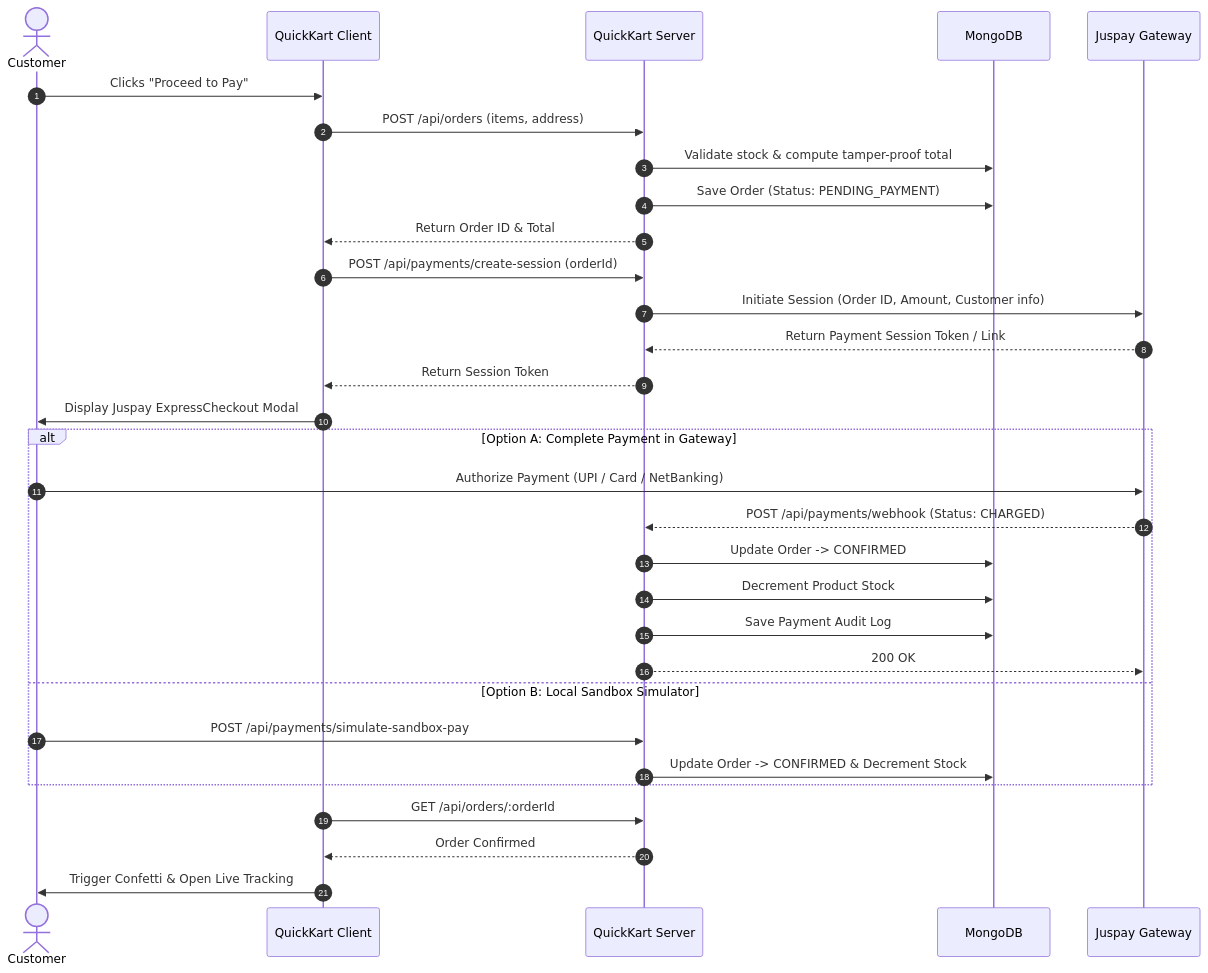
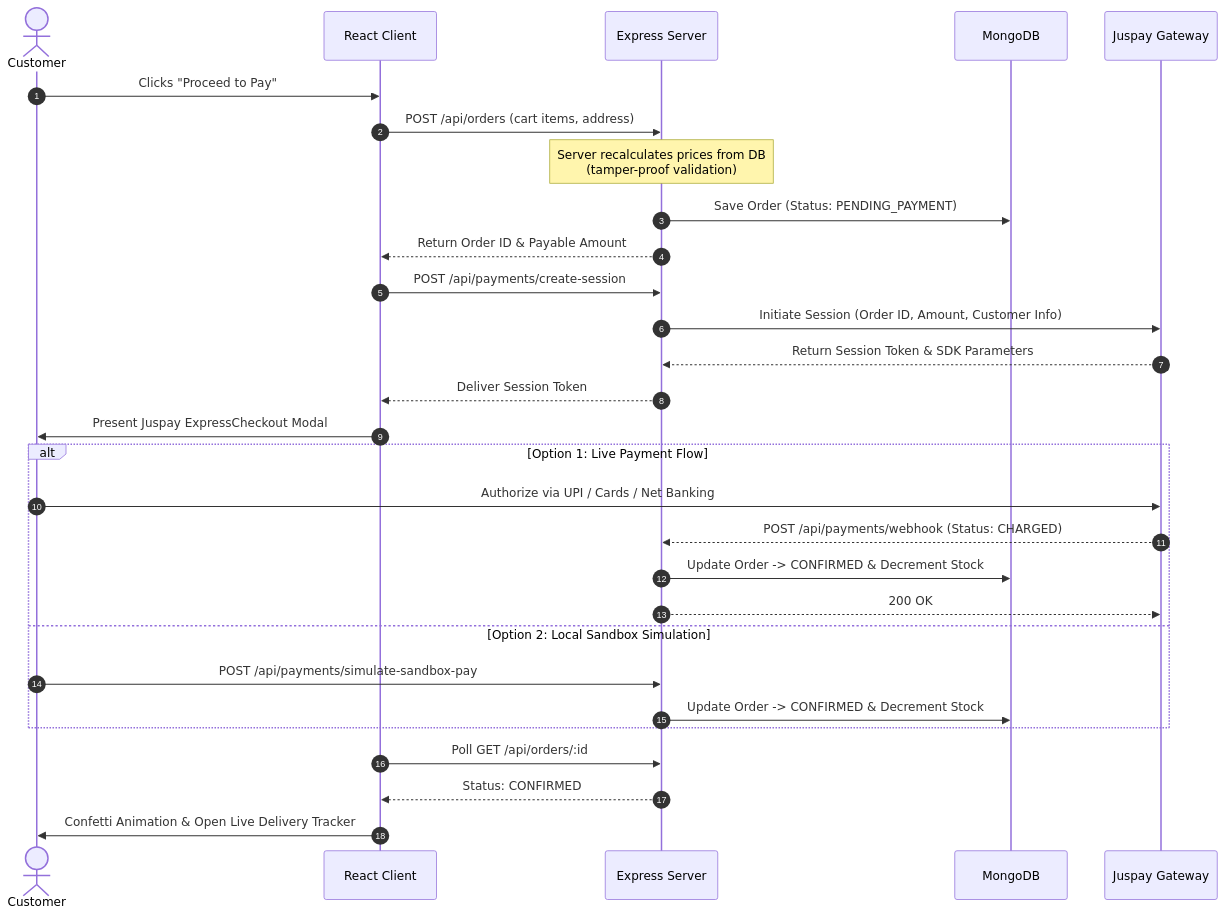
One commit to Rohit-pal01/quickkart changed the first of 2 diagrams in README.md. Above: the diagram before and after it, drawn with Mermaid. The commit also changed other lines of this file, not shown here.

Commit message:
style: polish README into high-impact product showcase with collapsible API specs and executive layout

````diff
--- a/README.md
+++ b/README.md
@@ -173,37 +116,35 @@
 ```mermaid
 sequenceDiagram
     autonumber
     actor Customer
-    participant Frontend as QuickKart Client
-    participant Backend as QuickKart Server
+    participant Client as React Client
+    participant Server as Express Server
     participant DB as MongoDB
     participant Juspay as Juspay Gateway
 
-    Customer->>Frontend: Clicks "Proceed to Pay"
-    Frontend->>Backend: POST /api/orders (items, address)
-    Backend->>DB: Validate stock & compute tamper-proof total
-    Backend->>DB: Save Order (Status: PENDING_PAYMENT)
-    Backend-->>Frontend: Return Order ID & Total
+    Customer->>Client: Clicks "Proceed to Pay"
+    Client->>Server: POST /api/orders (cart items, address)
+    Note over Server: Server recalculates prices from DB<br/>(tamper-proof validation)
+    Server->>DB: Save Order (Status: PENDING_PAYMENT)
+    Server-->>Client: Return Order ID & Payable Amount
 
-    Frontend->>Backend: POST /api/payments/create-session (orderId)
-    Backend->>Juspay: Initiate Session (Order ID, Amount, Customer info)
-    Juspay-->>Backend: Return Payment Session Token / Link
-    Backend-->>Frontend: Return Session Token
-    Frontend->>Customer: Display Juspay ExpressCheckout Modal
+    Client->>Server: POST /api/payments/create-session
+    Server->>Juspay: Initiate Session (Order ID, Amount, Customer Info)
+    Juspay-->>Server: Return Session Token & SDK Parameters
+    Server-->>Client: Deliver Session Token
+    Client->>Customer: Present Juspay ExpressCheckout Modal
 
-    alt Option A: Complete Payment in Gateway
-        Customer->>Juspay: Authorize Payment (UPI / Card / NetBanking)
-        Juspay-->>Backend: POST /api/payments/webhook (Status: CHARGED)
-        Backend->>DB: Update Order -> CONFIRMED
-        Backend->>DB: Decrement Product Stock
-        Backend->>DB: Save Payment Audit Log
-        Backend-->>Juspay: 200 OK
-    else Option B: Local Sandbox Simulator
-        Customer->>Backend: POST /api/payments/simulate-sandbox-pay
-        Backend->>DB: Update Order -> CONFIRMED & Decrement Stock
+    alt Option 1: Live Payment Flow
+        Customer->>Juspay: Authorize via UPI / Cards / Net Banking
+        Juspay-->>Server: POST /api/payments/webhook (Status: CHARGED)
+        Server->>DB: Update Order -> CONFIRMED & Decrement Stock
+        Server-->>Juspay: 200 OK
+    else Option 2: Local Sandbox Simulation
+        Customer->>Server: POST /api/payments/simulate-sandbox-pay
+        Server->>DB: Update Order -> CONFIRMED & Decrement Stock
     end
 
-    Frontend->>Backend: GET /api/orders/:orderId
-    Backend-->>Frontend: Order Confirmed
-    Frontend->>Customer: Trigger Confetti & Open Live Tracking
+    Client->>Server: Poll GET /api/orders/:id
+    Server-->>Client: Status: CONFIRMED
+    Client->>Customer: Confetti Animation & Open Live Delivery Tracker
 ```
````
